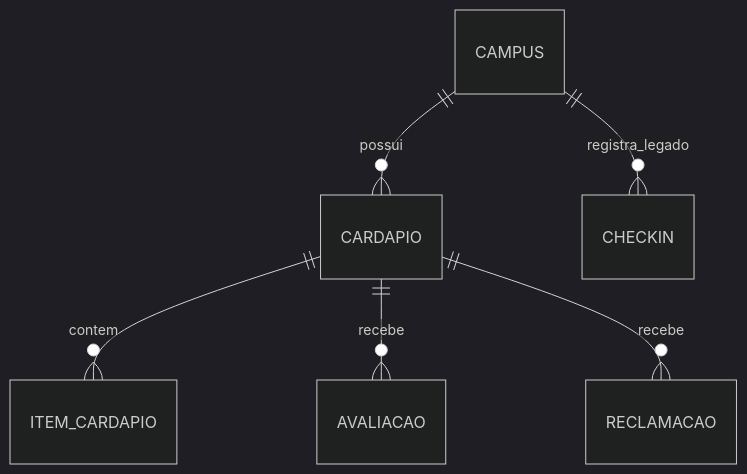
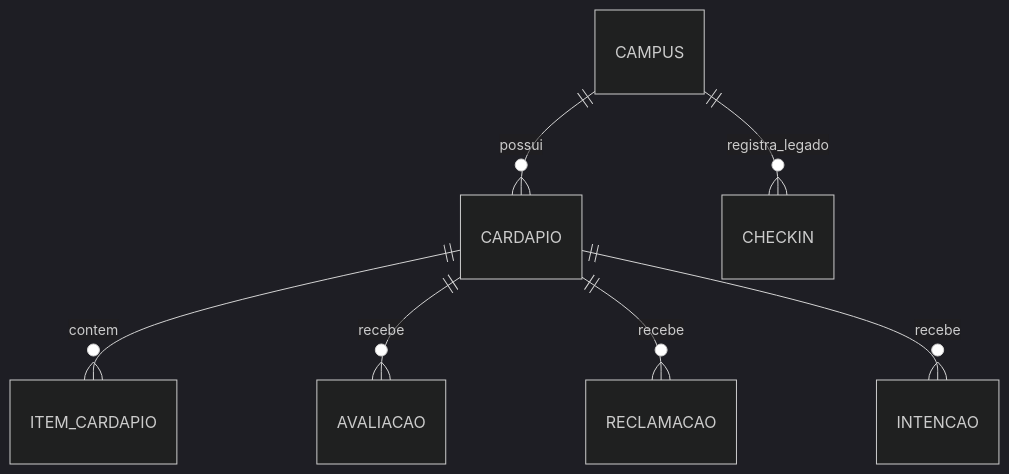
Before and after one commit to unb-mds/2026-2-Bandejao: the third of 3 diagrams in docs/Arquitetura.md, drawn with Mermaid (dark theme). The commit also changed other lines of this file and 6 other files, not shown here.

````diff
--- a/docs/Arquitetura.md
+++ b/docs/Arquitetura.md
@@ -89,8 +91,9 @@
 ```mermaid
 erDiagram
     CAMPUS ||--o{ CARDAPIO : possui
     CARDAPIO ||--o{ ITEM_CARDAPIO : contem
     CARDAPIO ||--o{ AVALIACAO : recebe
     CARDAPIO ||--o{ RECLAMACAO : recebe
+    CARDAPIO ||--o{ INTENCAO : recebe
     CAMPUS ||--o{ CHECKIN : registra_legado
 ```
````
